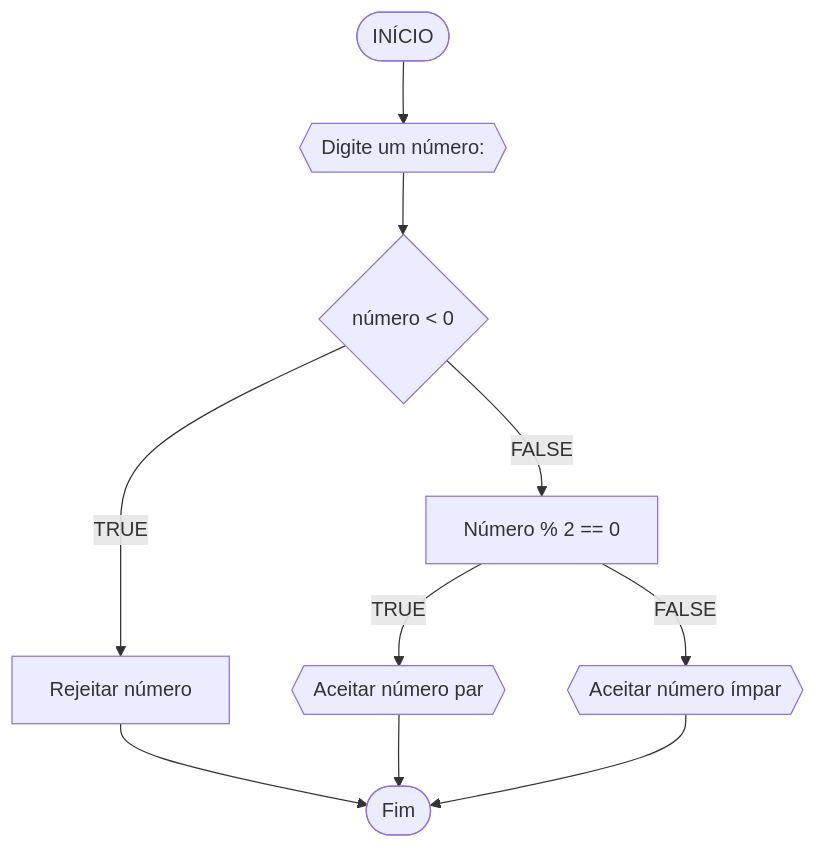
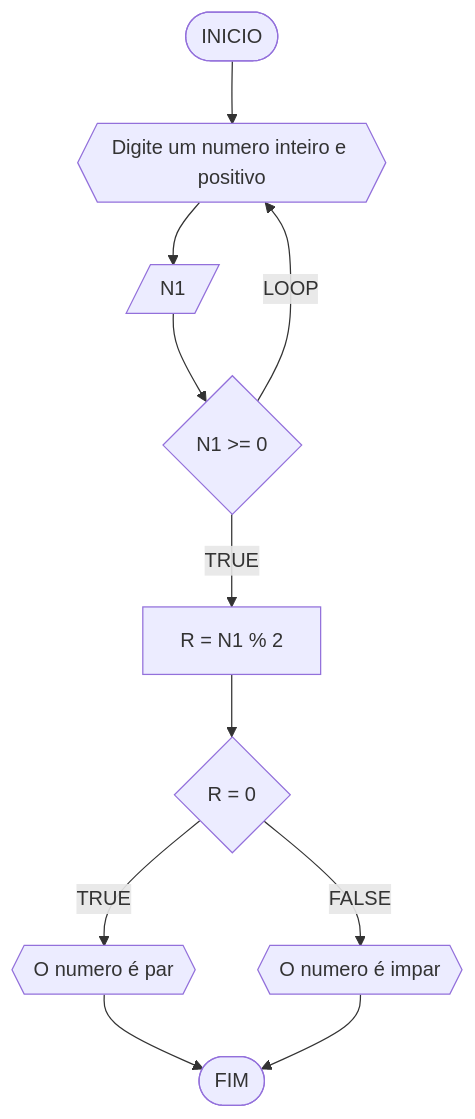
The third of 6 diagrams in RLA/unidade1/lista3.md (edudouraado/unifor), drawn with Mermaid before and after one commit. The commit also changed other lines of this file, not shown here.

````diff
--- a/RLA/unidade1/lista3.md
+++ b/RLA/unidade1/lista3.md
@@ -102,13 +102,13 @@
 ```mermaid
 flowchart TD
-
-A([INÍCIO]) --> B{{Digite um número:}}
-B --> C{número < 0}
-C --TRUE--> D[Rejeitar número]
-D --> F([Fim])
-C --FALSE--> E[Número % 2 == 0]
-E --TRUE--> G{{Aceitar número par}}
-G --> F
-E --FALSE--> H{{Aceitar número ímpar}}
-H --> F
+A([INICIO]) --> B{{Digite um numero inteiro e positivo}}
+B --> C[/N1/]
+C --> D{N1 >= 0}
+D --LOOP--> B
+D --TRUE--> F[R = N1 % 2]
+F --> G{R = 0}
+G --TRUE--> H{{O numero é par}}
+G --FALSE--> I{{O numero é impar}}
+H --> J([FIM])
+I --> J
 ```
````
